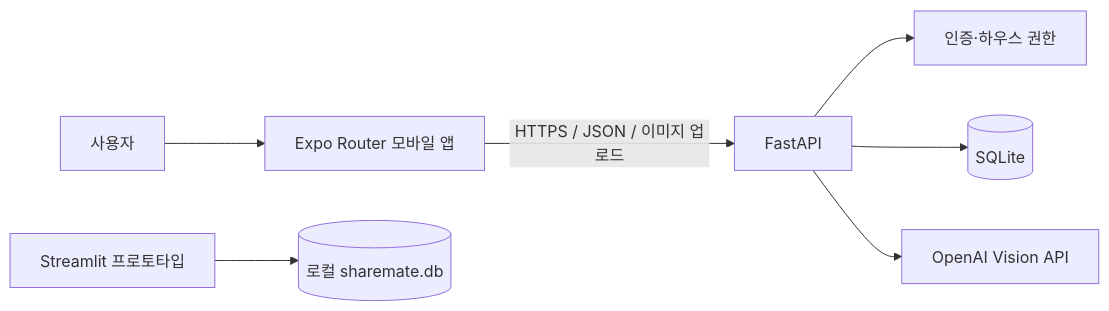
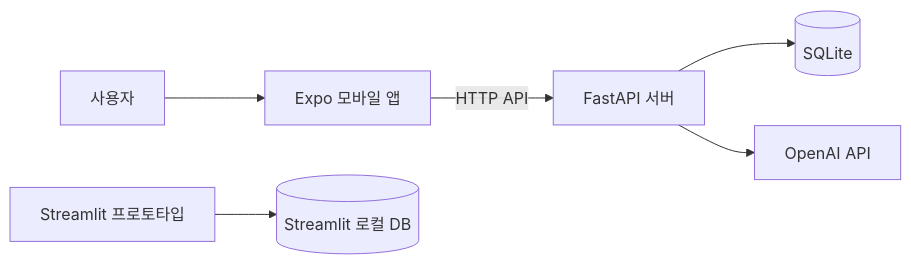
Before and after one commit to ryusb2295/roomsync: the diagram in README.md, drawn with Mermaid. The commit also changed other lines of this file, not shown here.

````diff
--- a/README.md
+++ b/README.md
@@ -48,9 +119,8 @@
 ```mermaid
 flowchart LR
-    User[사용자] --> Expo[Expo Router 모바일 앱]
-    Expo -->|HTTPS / JSON / 이미지 업로드| API[FastAPI]
-    API --> Auth[인증·하우스 권한]
+    User[사용자] --> Expo[Expo 모바일 앱]
+    Expo -->|HTTP API| API[FastAPI 서버]
     API --> DB[(SQLite)]
-    API --> OpenAI[OpenAI Vision API]
-    Prototype[Streamlit 프로토타입] --> LocalDB[(로컬 sharemate.db)]
+    API --> OpenAI[OpenAI API]
+    Prototype[Streamlit 프로토타입] --> LocalDB[(Streamlit 로컬 DB)]
 ```
````
